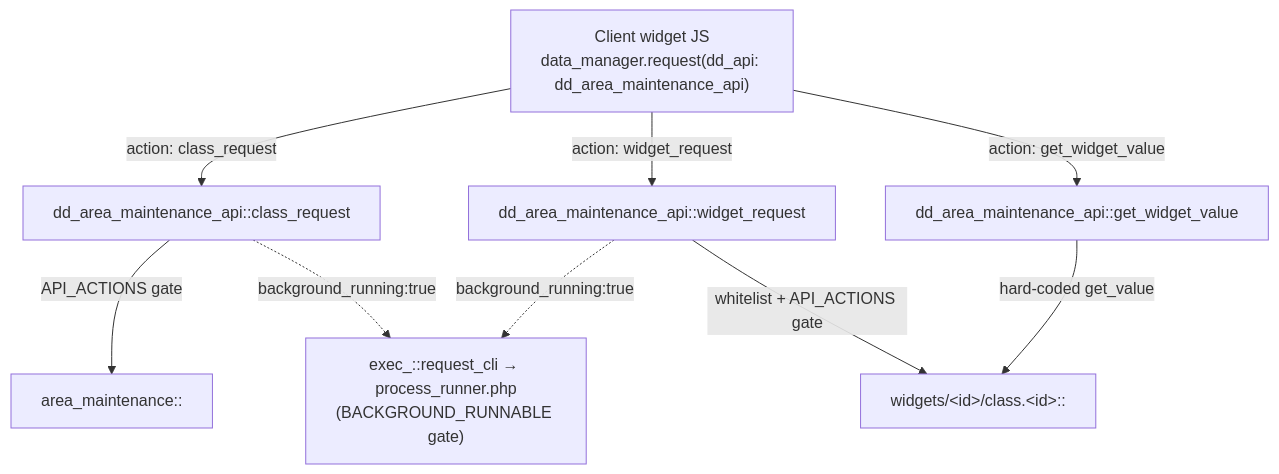
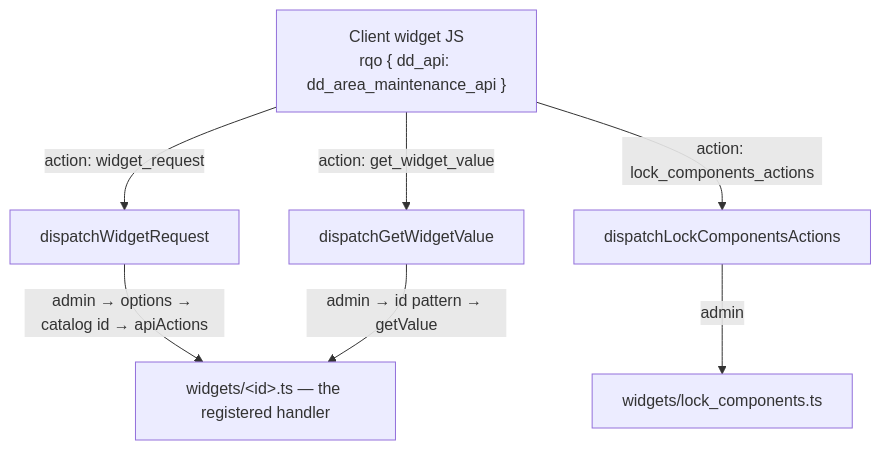
One commit to renderpci/dedalo changed the diagram in docs/core/areas/area_maintenance.md. Above: the diagram before and after it, drawn with Mermaid. The commit also changed other lines of this file and 5 other files, not shown here.

````diff
--- a/docs/core/areas/area_maintenance.md
+++ b/docs/core/areas/area_maintenance.md
@@ -203,12 +102,10 @@
 ```mermaid
 flowchart TB
-    C["Client widget JS<br/>data_manager.request(dd_api: dd_area_maintenance_api)"]
-    C -->|"action: class_request"| CR["dd_area_maintenance_api::class_request"]
-    C -->|"action: widget_request"| WR["dd_area_maintenance_api::widget_request"]
-    C -->|"action: get_widget_value"| GV["dd_area_maintenance_api::get_widget_value"]
-    CR -->|"API_ACTIONS gate"| AM["area_maintenance::<static method>"]
-    WR -->|"whitelist + API_ACTIONS gate"| WC["widgets/&lt;id&gt;/class.&lt;id&gt;::<method>"]
-    GV -->|"hard-coded get_value"| WC
-    CR -. "background_running:true" .-> CLI["exec_::request_cli → process_runner.php<br/>(BACKGROUND_RUNNABLE gate)"]
-    WR -. "background_running:true" .-> CLI
+    C["Client widget JS<br/>rqo { dd_api: dd_area_maintenance_api }"]
+    C -->|"action: widget_request"| WR["dispatchWidgetRequest"]
+    C -->|"action: get_widget_value"| GV["dispatchGetWidgetValue"]
+    C -->|"action: lock_components_actions"| LC["dispatchLockComponentsActions"]
+    WR -->|"admin → options → catalog id → apiActions"| WM["widgets/&lt;id&gt;.ts — the registered handler"]
+    GV -->|"admin → id pattern → getValue"| WM
+    LC -->|"admin"| LCW["widgets/lock_components.ts"]
 ```
````
